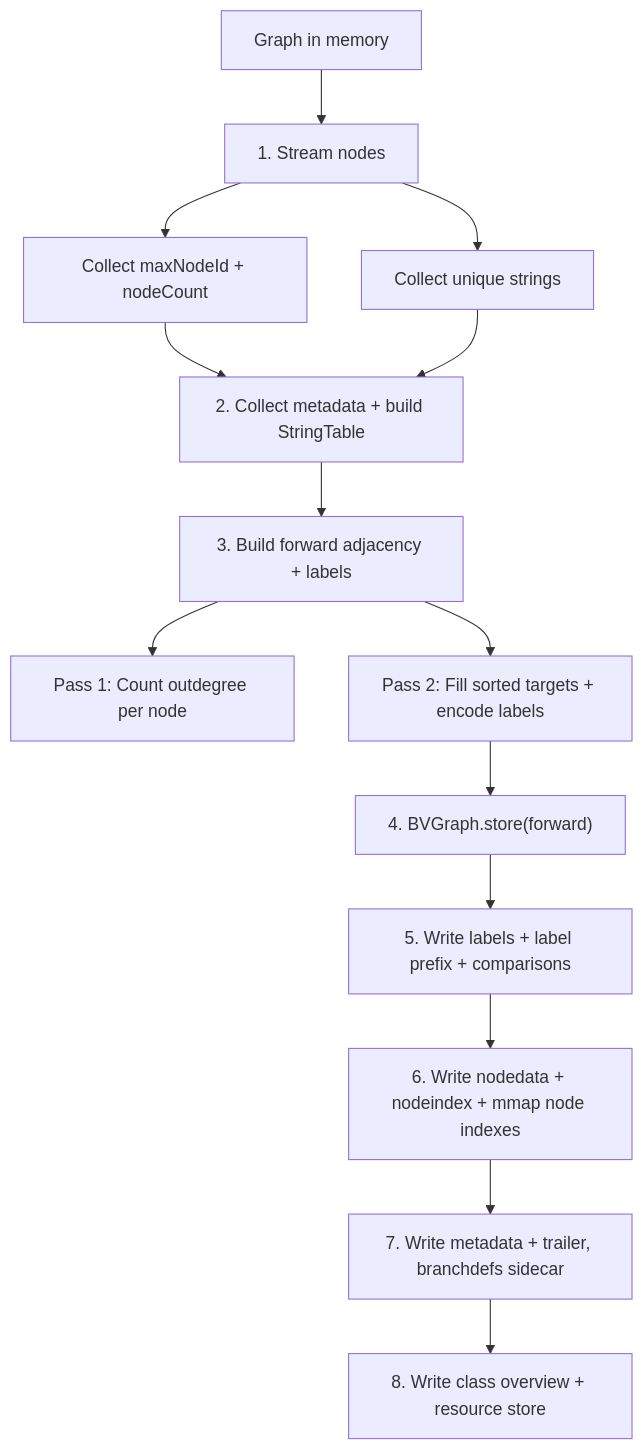
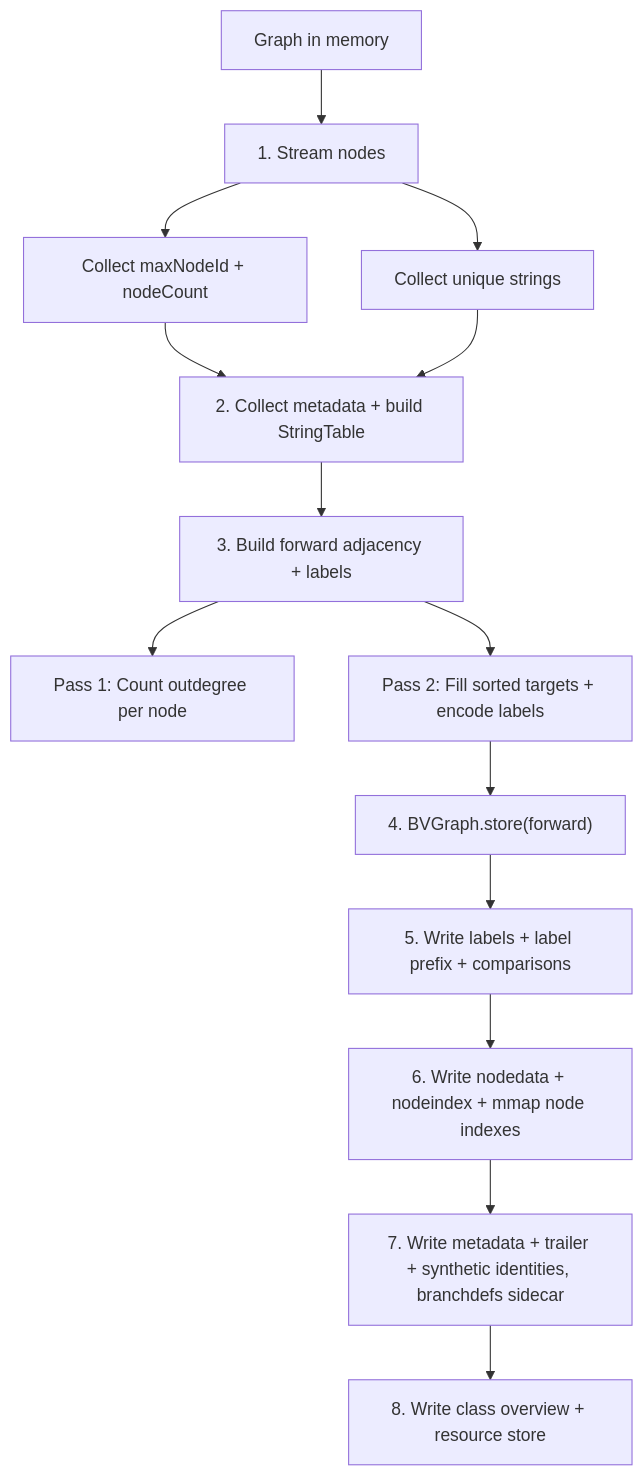
One commit to johnsonlee/graphite changed the first of 2 diagrams in docs/webgraph-storage.md. Above: the diagram before and after it, drawn with Mermaid. The commit also changed other lines of this file and 22 other files, not shown here.

````diff
--- a/docs/webgraph-storage.md
+++ b/docs/webgraph-storage.md
@@ -144,15 +163,15 @@
 ```mermaid
 graph TD
     A[Graph in memory] --> B[1. Stream nodes]
     B --> B1[Collect maxNodeId + nodeCount]
     B --> B2[Collect unique strings]
     B1 & B2 --> C[2. Collect metadata + build StringTable]
     C --> D["3. Build forward adjacency + labels"]
     D --> D1["Pass 1: Count outdegree per node"]
     D --> D2["Pass 2: Fill sorted targets + encode labels"]
     D2 --> E["4. BVGraph.store(forward)"]
     E --> F[5. Write labels + label prefix + comparisons]
     F --> G["6. Write nodedata + nodeindex + mmap node indexes"]
-    G --> H[7. Write metadata + trailer, branchdefs sidecar]
+    G --> H[7. Write metadata + trailer + synthetic identities, branchdefs sidecar]
     H --> I[8. Write class overview + resource store]
 ```
````
